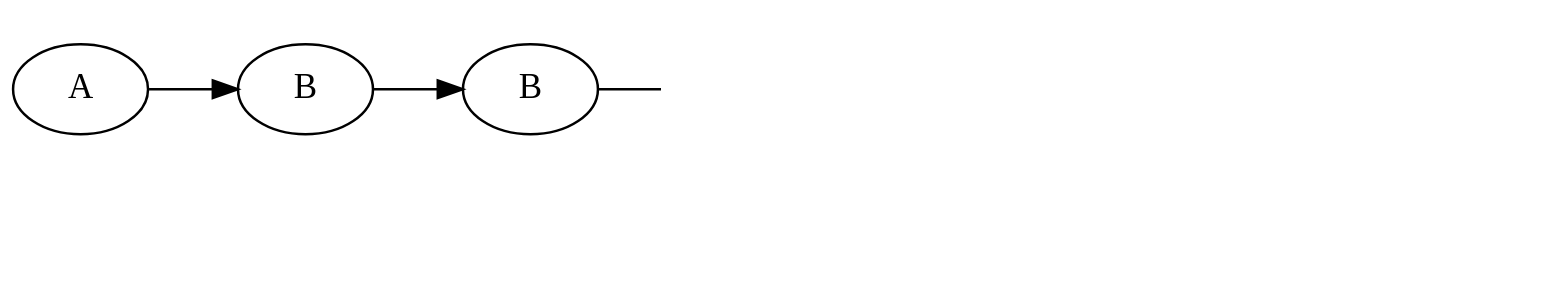
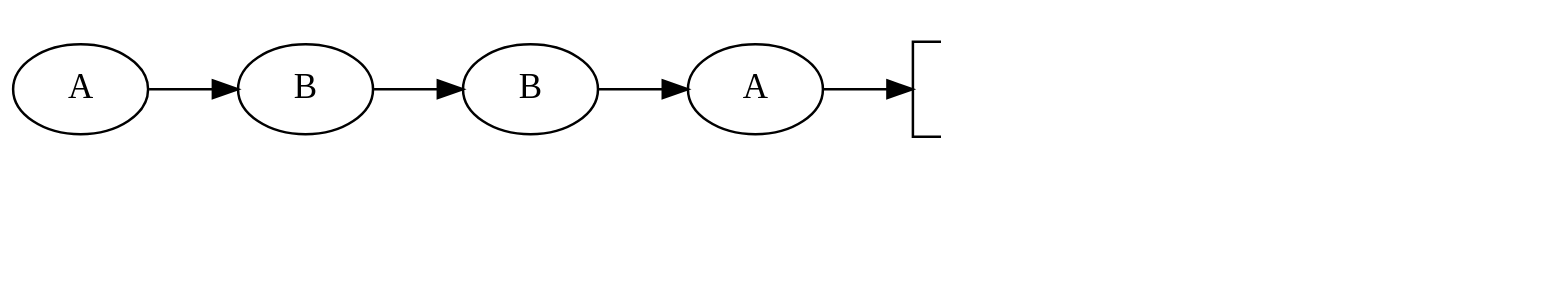
One commit to inponomarev/kstreams-testing-pitfalls changed diagram 14 of 26 in slides/src/main/asciidoc/lecture.adoc. Above: the diagram before and after it, drawn with Graphviz. The commit also changed other lines of this file, not shown here.

```diff
--- a/slides/src/main/asciidoc/lecture.adoc
+++ b/slides/src/main/asciidoc/lecture.adoc
@@ -624,32 +624,38 @@
 [graphviz,"cache1.png"]
 ----
 digraph G {
 graph [ dpi = 180 ];
 rankdir="LR";
 A1[label="A"];
 B1[label="B"];
 A2[label="A"];
 B2[label="B"];
 
 A1 -> B1 -> B2 -> A2 ;
 
 A2->Reduce;
 
 Reduce[shape=box,label="reduce \n (l, r) → <STOP>"]
 
 Reduce -> Cache
 
 Cache[shape=box,label=<<table cellspacing="5" cellborder="0"  border="0">
         <tr><td colspan="2">Cache</td></tr>
         <tr><td> </td>
         <td> </td></tr></table>>]
         
 Store[shape=cylinder,label=<<table cellspacing="5" cellborder="0"  border="0">
         <tr><td colspan="2">Local Store</td></tr>
         <tr><td> </td><td> </td></tr>
         </table>>];
         
 Cache -> Store;
 {rank = same; Store; Cache; }
+
+#Padding with invisible elements
+Cache -> P1 -> P2[style="invis"];
+P1[label="<STOP>", style="invis"];
+P2[label="<STOP>", style="invis"];
+
 }
 ----
```
